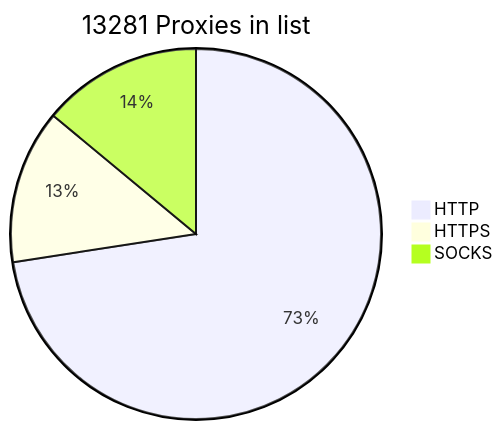
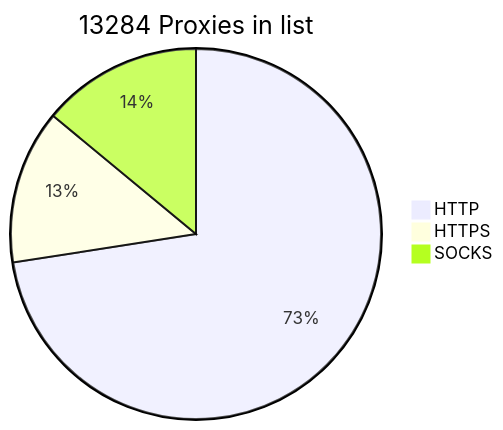
One commit to BlackSnowDot/proxylist-update-every-minute changed the diagram in README.md. Above: the diagram before and after it, drawn with Mermaid. The commit also changed other lines of this file, not shown here.

````diff
--- a/README.md
+++ b/README.md
@@ -2,6 +2,6 @@
 ```mermaid
-pie title 13281 Proxies in list
+pie title 13284 Proxies in list
     "HTTP" : 9939
     "HTTPS": 1844
-    "SOCKS" : 1915
+    "SOCKS" : 1918
 ```
````
